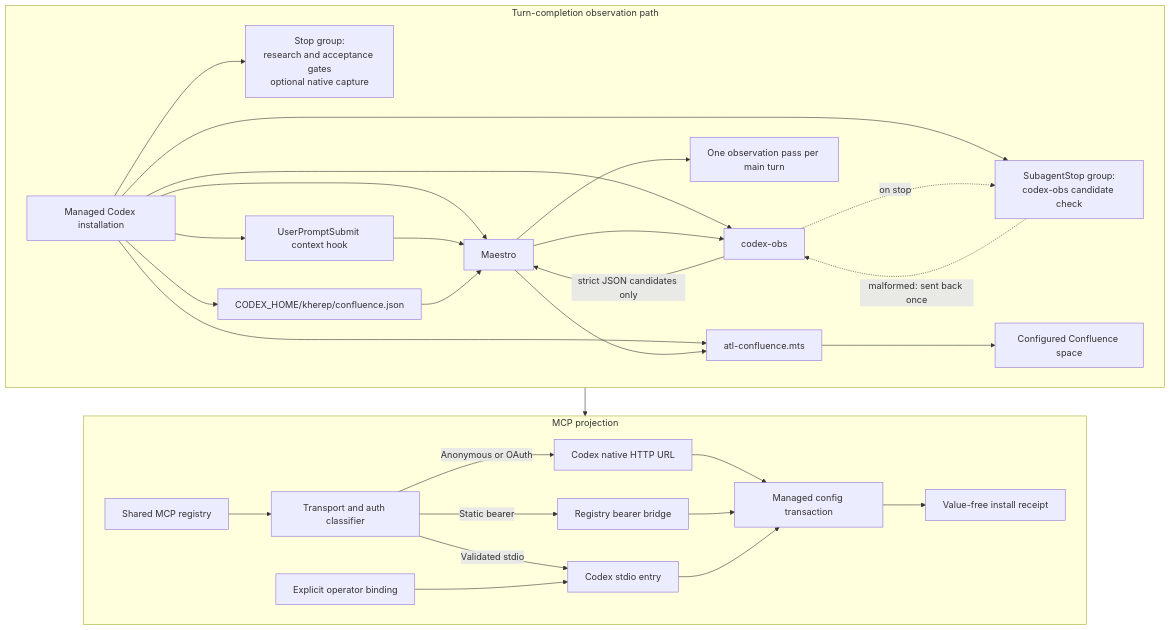
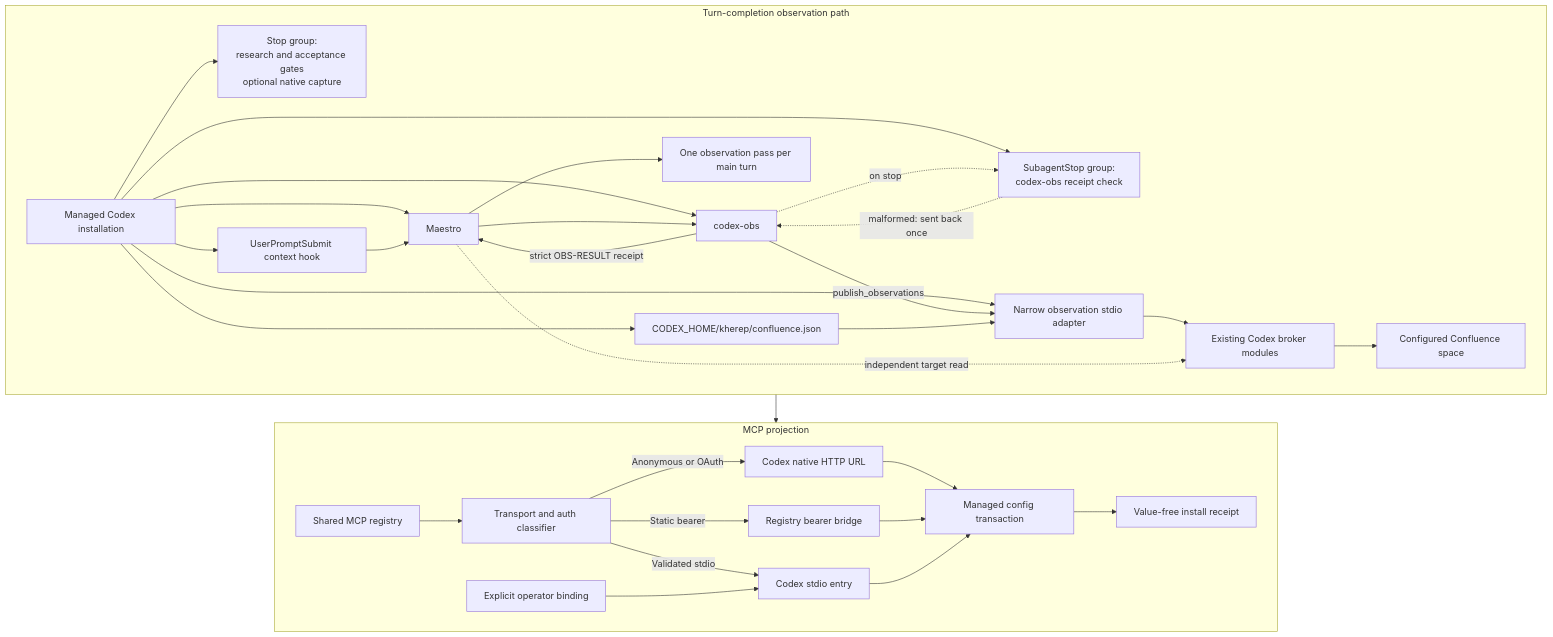
One commit to cfaysal/kherep changed the diagram in codex/ARCHITECTURE.md. Above: the diagram before and after it, drawn with Mermaid. The commit also changed other lines of this file and 46 other files, not shown here.

Commit message:
feat: let Luna publish bounded Codex observations

````diff
--- a/codex/ARCHITECTURE.md
+++ b/codex/ARCHITECTURE.md
@@ -124,37 +128,39 @@
 ```mermaid
 flowchart TB
     subgraph T[Turn-completion observation path]
         direction LR
         I[Managed Codex installation] --> ST[Stop group:<br/>research and acceptance gates<br/>optional native capture]
         I --> MA[Maestro]
         I --> OB[codex-obs]
         I --> UC[UserPromptSubmit context hook]
         UC --> MA
         MA --> OB
-        OB -->|strict JSON candidates only| MA
-        I --> SS[SubagentStop group:<br/>codex-obs candidate check]
+        OB -->|strict OBS-RESULT receipt| MA
+        I --> SS[SubagentStop group:<br/>codex-obs receipt check]
         OB -.->|on stop| SS
         SS -.->|malformed: sent back once| OB
         MA --> NR[One observation pass per main turn]
-        I --> CB[atl-confluence.mts]
+        I --> AD[Narrow observation stdio adapter]
+        OB -->|publish_observations| AD
+        AD --> CB[Existing Codex broker modules]
         I --> CT[CODEX_HOME/kherep/confluence.json]
-        CT --> MA
-        MA --> CB
+        CT --> AD
+        MA -.->|independent target read| CB
         CB --> CS[Configured Confluence space]
     end
 
     subgraph P[MCP projection]
         direction LR
         R[Shared MCP registry] --> C[Transport and auth classifier]
         C -->|Anonymous or OAuth| H[Codex native HTTP URL]
         C -->|Static bearer| B[Registry bearer bridge]
         C -->|Validated stdio| S[Codex stdio entry]
         O[Explicit operator binding] --> S
         H --> M[Managed config transaction]
         B --> M
         S --> M
         M --> Q[Value-free install receipt]
     end
 
     I --> M
 ```
````
